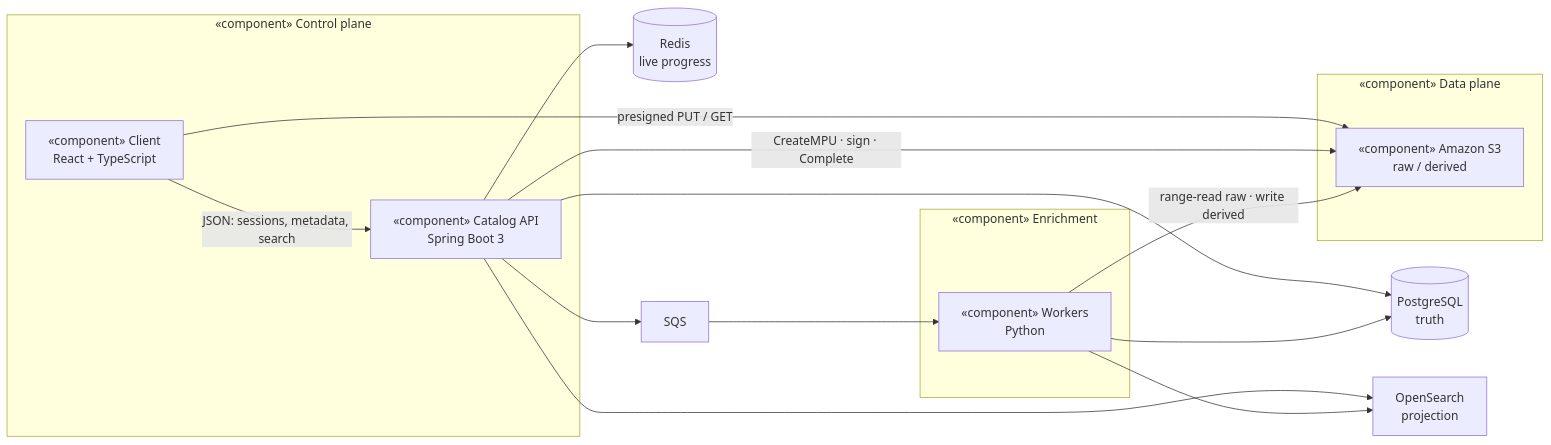
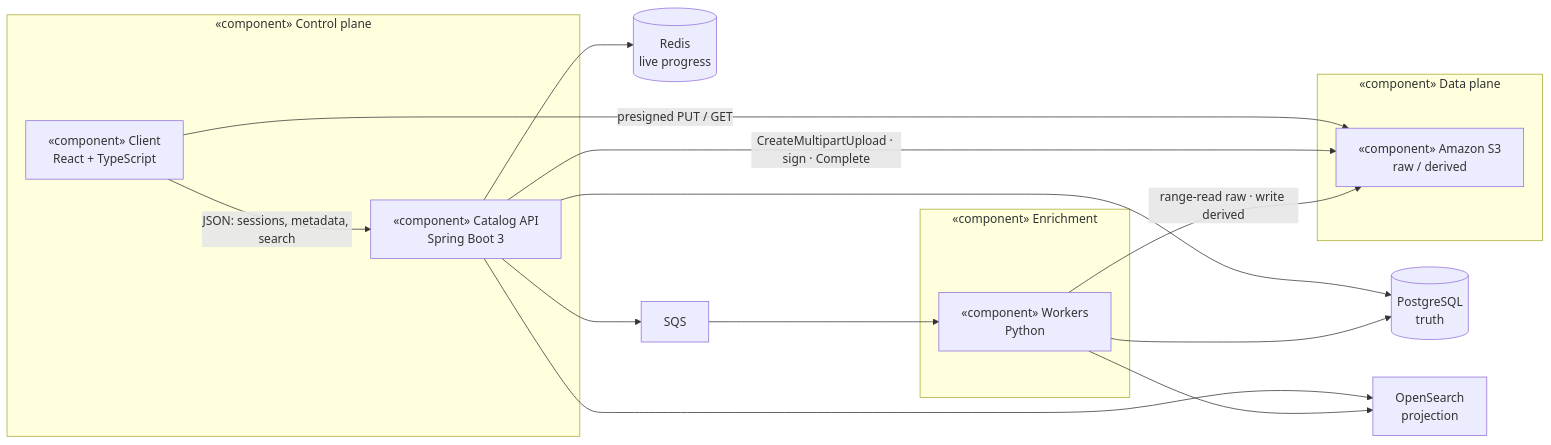
The first of 4 diagrams in README.md (ShakedNeeman/exodia), drawn with Mermaid before and after one commit. The commit also changed 8 other files, not shown here.

Commit message:
Spell out multipart upload and unmanned aerial vehicle in the walkthrough and docs.

````diff
--- a/README.md
+++ b/README.md
@@ -52,27 +52,27 @@
 ```mermaid
 flowchart LR
   subgraph Control["«component» Control plane"]
     C["«component» Client<br/>React + TypeScript"]
     API["«component» Catalog API<br/>Spring Boot 3"]
   end
 
   subgraph Data["«component» Data plane"]
     S3["«component» Amazon S3<br/>raw / derived"]
   end
 
   subgraph Work["«component» Enrichment"]
     W["«component» Workers<br/>Python"]
   end
 
   C -->|"JSON: sessions, metadata, search"| API
   C -->|"presigned PUT / GET"| S3
-  API -->|"CreateMPU · sign · Complete"| S3
+  API -->|"CreateMultipartUpload · sign · Complete"| S3
   API --> PG[(PostgreSQL<br/>truth)]
   API --> Redis[(Redis<br/>live progress)]
   API --> SQS[SQS]
   API --> OS[OpenSearch<br/>projection]
   SQS --> W
   W -->|"range-read raw · write derived"| S3
   W --> PG
   W --> OS
 ```
````
